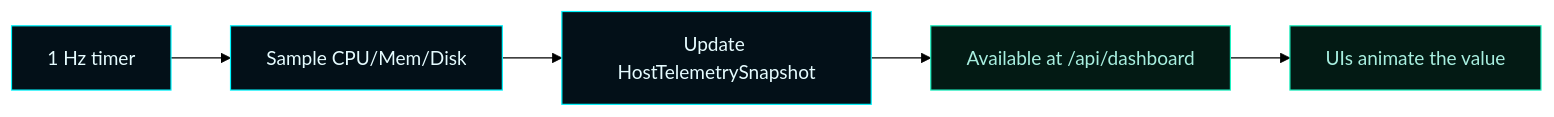
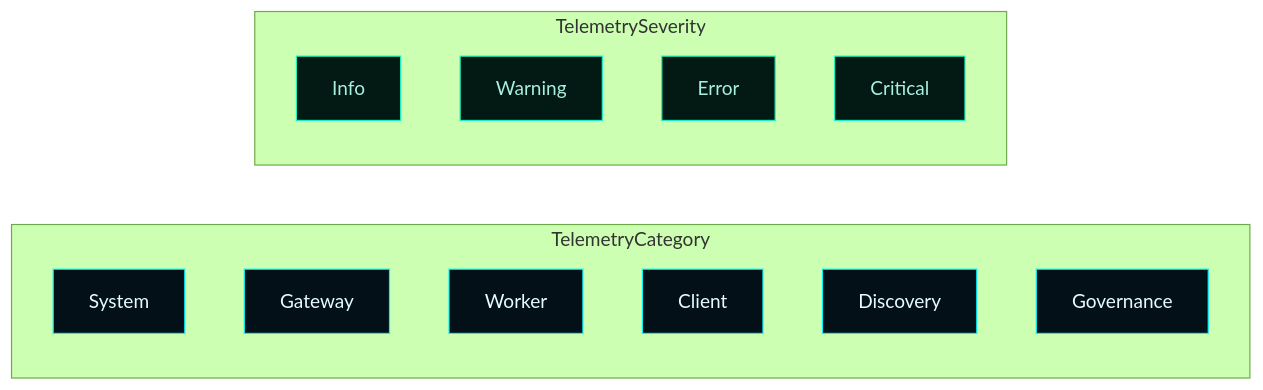
One commit to flynn33/Master-Control-Orchestration-Server changed the third of 4 diagrams in docs/wiki/Telemetry-and-Activity.md. Above: the diagram before and after it, drawn with Mermaid (forest theme). The commit also changed other lines of this file and 15 other files, not shown here.

````diff
--- a/docs/wiki/Telemetry-and-Activity.md
+++ b/docs/wiki/Telemetry-and-Activity.md
@@ -74,10 +141,21 @@
 ```mermaid
 flowchart LR
-    classDef accent fill:#031018,stroke:#00F6FF,color:#E6FCFF;
-    classDef good fill:#031a14,stroke:#1cf2c1,color:#a8efe0;
+    classDef cat fill:#031018,stroke:#00F6FF,color:#E6FCFF;
+    classDef sev fill:#031a14,stroke:#1cf2c1,color:#a8efe0;
 
-    Tick[1 Hz timer]:::accent --> Sample[Sample CPU/Mem/Disk]:::accent
-    Sample --> Update[Update HostTelemetrySnapshot]:::accent
-    Update --> Pub[Available at /api/dashboard]:::good
-    Pub --> Anim[UIs animate the value]:::good
+    subgraph Categories[TelemetryCategory]
+        Sys[System]:::cat
+        Gw[Gateway]:::cat
+        Wk[Worker]:::cat
+        Cl[Client]:::cat
+        Disc[Discovery]:::cat
+        Gov[Governance]:::cat
+    end
+
+    subgraph Severities[TelemetrySeverity]
+        Info[Info]:::sev
+        Warn[Warning]:::sev
+        Err[Error]:::sev
+        Crit[Critical]:::sev
+    end
 ```
````
